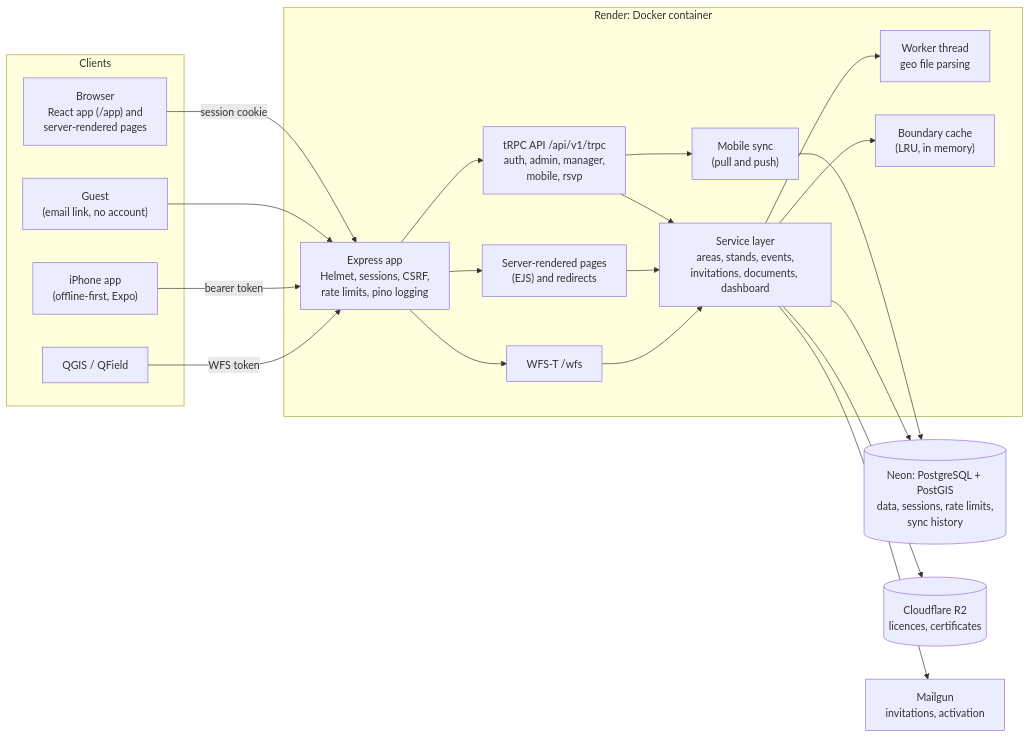
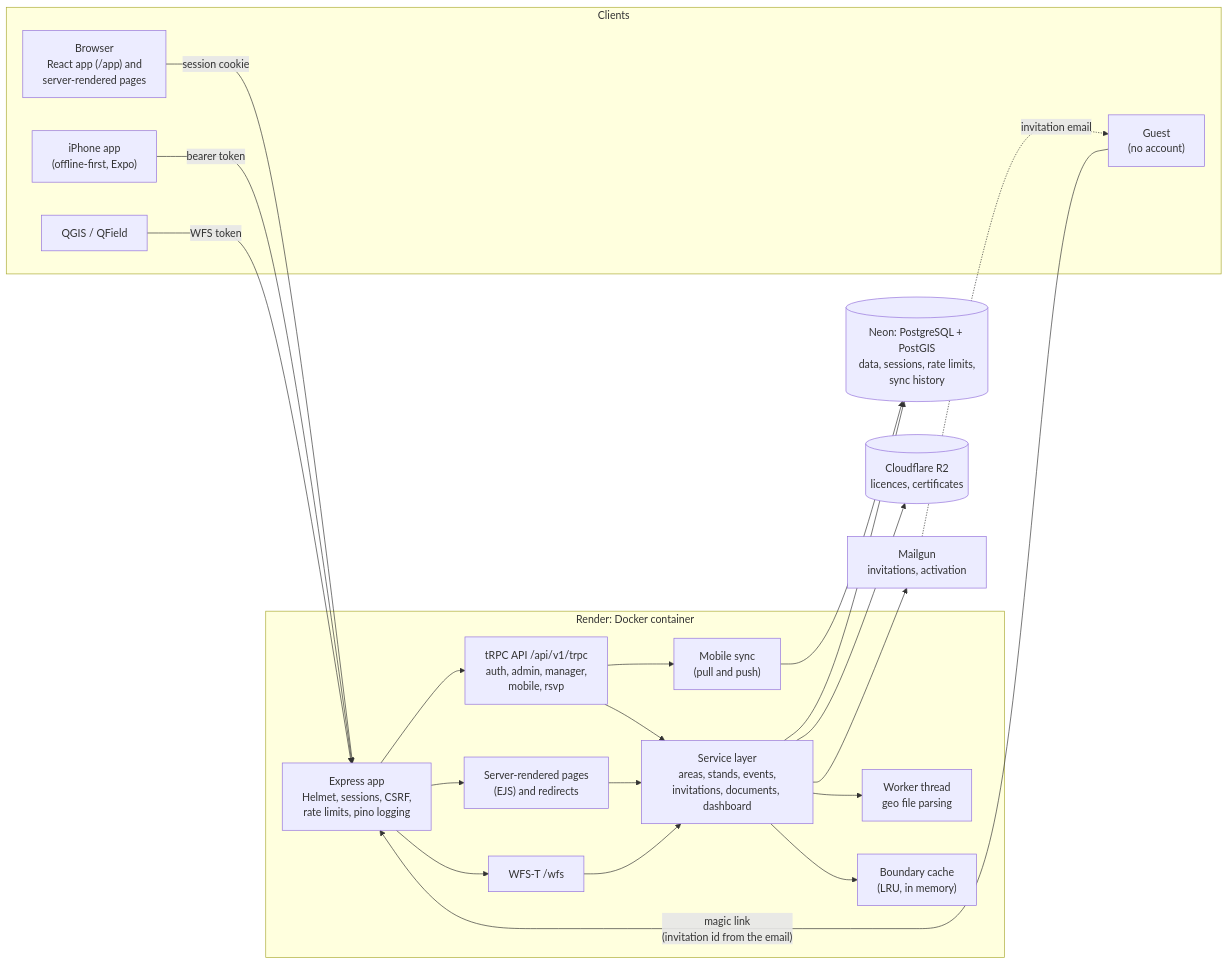
One commit to carl-castell/hunt-hub changed the first of 2 diagrams in backend/README.md. Above: the diagram before and after it, drawn with Mermaid. The commit also changed other lines of this file and 2 other files, not shown here.

First line of the commit message:
Database diagrams and the guest's magic link in the architecture

````diff
--- a/backend/README.md
+++ b/backend/README.md
@@ -46,42 +46,43 @@
 ```mermaid
 flowchart LR
   subgraph Clients
     browser["Browser<br/>React app (/app) and<br/>server-rendered pages"]
     iphone["iPhone app<br/>(offline-first, Expo)"]
     qgis["QGIS / QField"]
-    guest["Guest<br/>(email link, no account)"]
+    guest["Guest<br/>(no account)"]
   end
 
   subgraph Render["Render: Docker container"]
     express["Express app<br/>Helmet, sessions, CSRF,<br/>rate limits, pino logging"]
     trpc["tRPC API /api/v1/trpc<br/>auth, admin, manager,<br/>mobile, rsvp"]
     pages["Server-rendered pages<br/>(EJS) and redirects"]
     wfs["WFS-T /wfs"]
     sync["Mobile sync<br/>(pull and push)"]
     services["Service layer<br/>areas, stands, events,<br/>invitations, documents, dashboard"]
     worker["Worker thread<br/>geo file parsing"]
     cache["Boundary cache<br/>(LRU, in memory)"]
   end
 
   db[("Neon: PostgreSQL + PostGIS<br/>data, sessions, rate limits,<br/>sync history")]
   r2[("Cloudflare R2<br/>licences, certificates")]
   mail["Mailgun<br/>invitations, activation"]
 
   browser -- "session cookie" --> express
-  guest --> express
+  guest -- "magic link<br/>(invitation id from the email)" --> express
+  mail -.->|invitation email| guest
   iphone -- "bearer token" --> express
   qgis -- "WFS token" --> express
   express --> trpc
   express --> pages
   express --> wfs
   trpc --> sync
   trpc --> services
   pages --> services
   wfs --> services
   sync --> db
   services --> cache
   services --> worker
   services --> db
   services --> r2
   services --> mail
 ```
````
